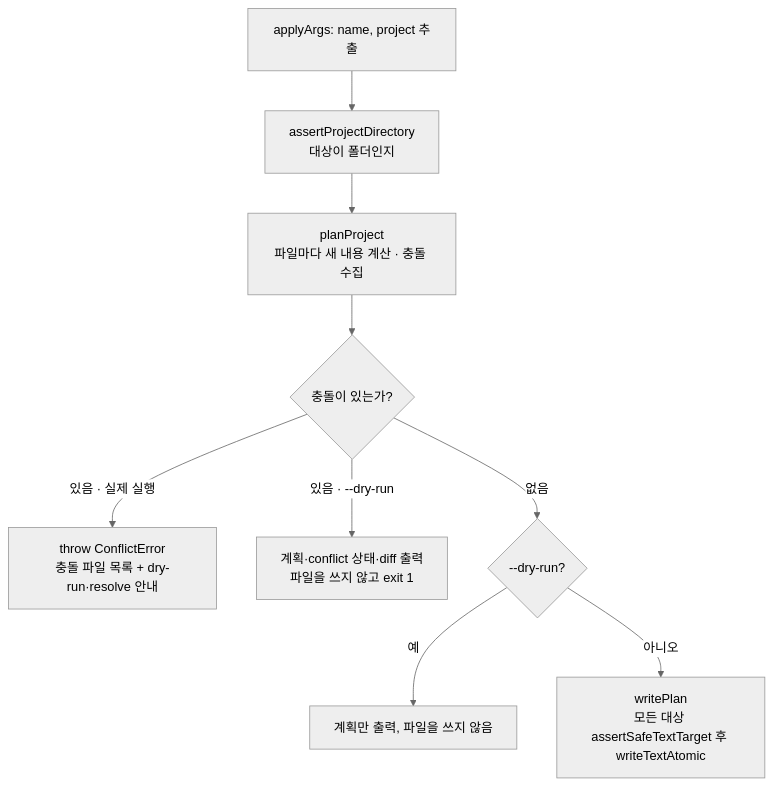
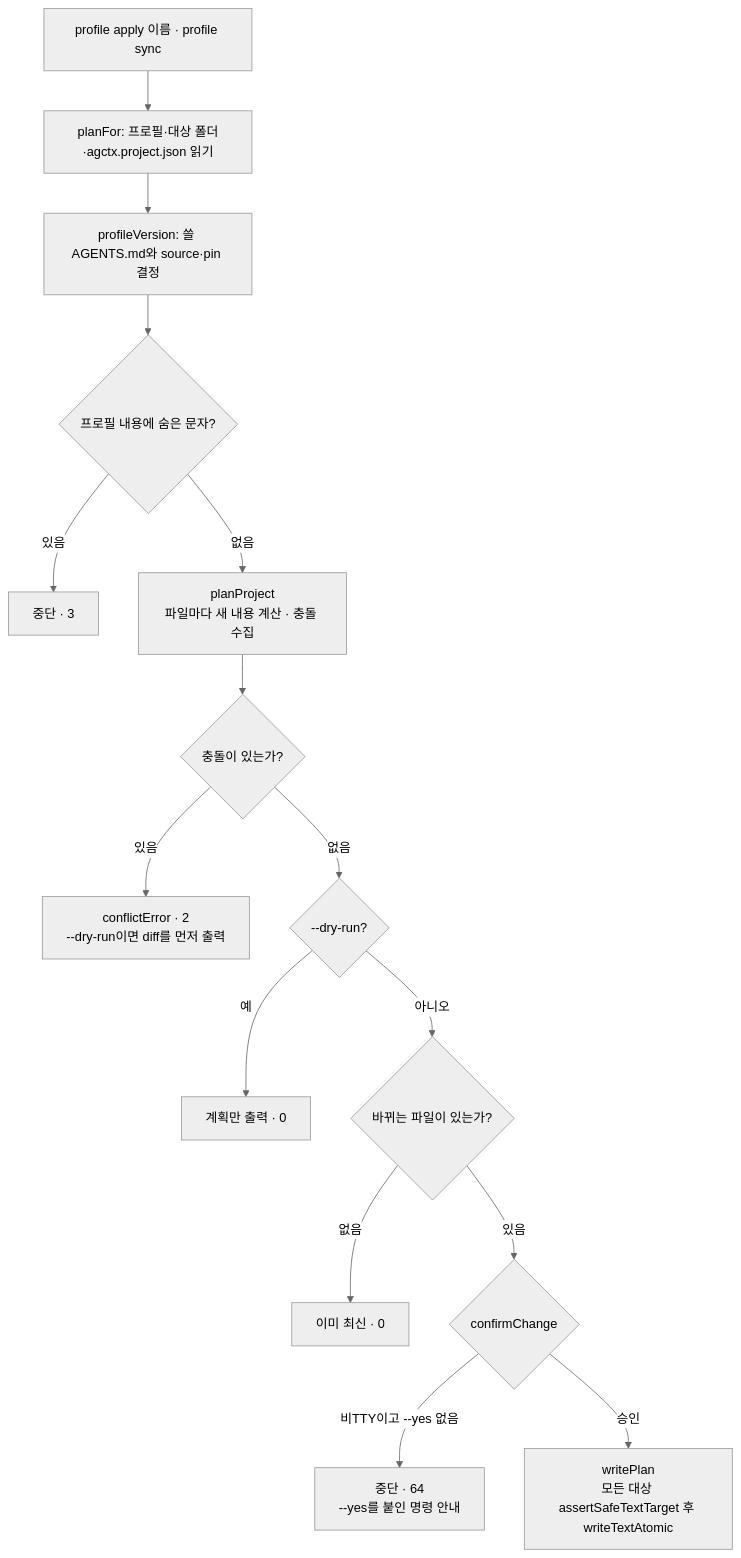
The fourth of 11 diagrams in docs/architecture/implementation-mechanics.md (IsthisLee/agent-context-manager), drawn with Mermaid (neutral theme) before and after one commit. The commit also changed other lines of this file and 60 other files, not shown here.

````diff
--- a/docs/architecture/implementation-mechanics.md
+++ b/docs/architecture/implementation-mechanics.md
@@ -203,11 +217,17 @@
 ```mermaid
 flowchart TD
-  A["applyArgs: name, project 추출"] --> B["assertProjectDirectory<br/>대상이 폴더인지"]
-  B --> P["planProject<br/>파일마다 새 내용 계산 · 충돌 수집"]
+  A["profile apply 이름 · profile sync"] --> B["planFor: 프로필·대상 폴더·agctx.project.json 읽기"]
+  B --> V["profileVersion: 쓸 AGENTS.md와 source·pin 결정"]
+  V --> HC{"프로필 내용에 숨은 문자?"}
+  HC -->|"있음"| E3["중단 · 3"]
+  HC -->|"없음"| P["planProject<br/>파일마다 새 내용 계산 · 충돌 수집"]
   P --> D{"충돌이 있는가?"}
-  D -->|"있음 · 실제 실행"| STOP["throw ConflictError<br/>충돌 파일 목록 + dry-run·resolve 안내"]
-  D -->|"있음 · --dry-run"| DRY["계획·conflict 상태·diff 출력<br/>파일을 쓰지 않고 exit 1"]
+  D -->|"있음"| E2["conflictError · 2<br/>--dry-run이면 diff를 먼저 출력"]
   D -->|"없음"| G{"--dry-run?"}
-  G -->|"예"| PLAN["계획만 출력, 파일을 쓰지 않음"]
-  G -->|"아니오"| W["writePlan<br/>모든 대상 assertSafeTextTarget 후 writeTextAtomic"]
+  G -->|"예"| PLAN["계획만 출력 · 0"]
+  G -->|"아니오"| NC{"바뀌는 파일이 있는가?"}
+  NC -->|"없음"| UTD["이미 최신 · 0"]
+  NC -->|"있음"| CF{"confirmChange"}
+  CF -->|"비TTY이고 --yes 없음"| E64["중단 · 64<br/>--yes를 붙인 명령 안내"]
+  CF -->|"승인"| W["writePlan<br/>모든 대상 assertSafeTextTarget 후 writeTextAtomic"]
 ```
````
